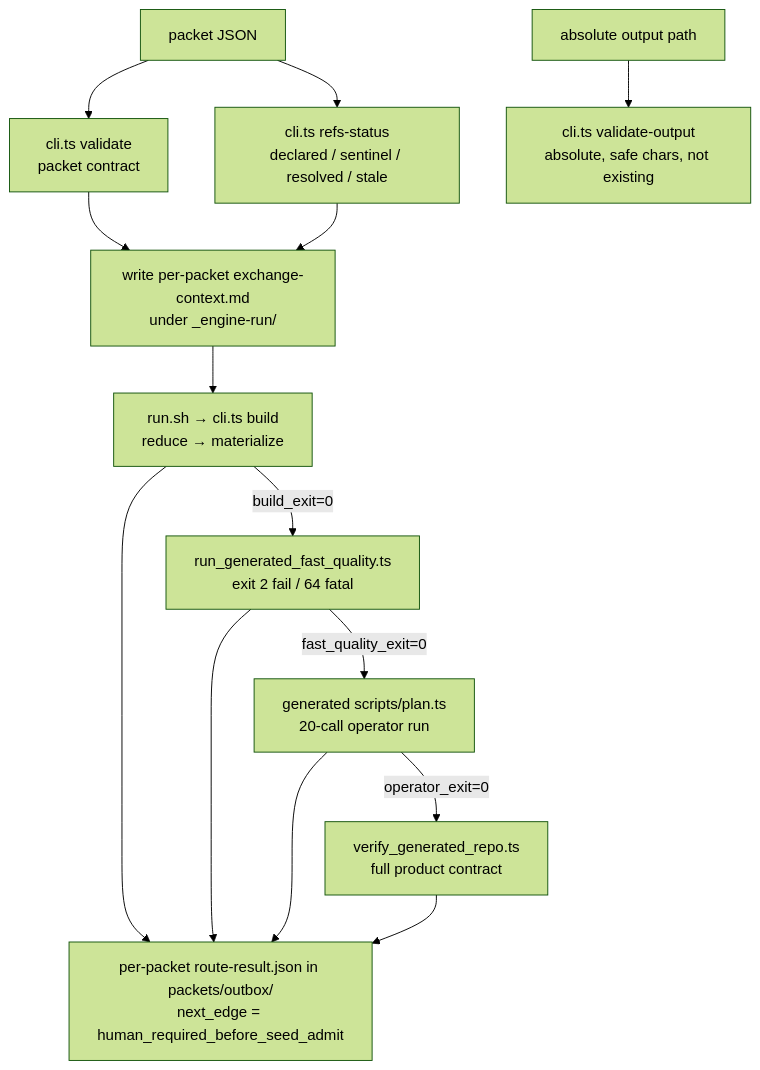
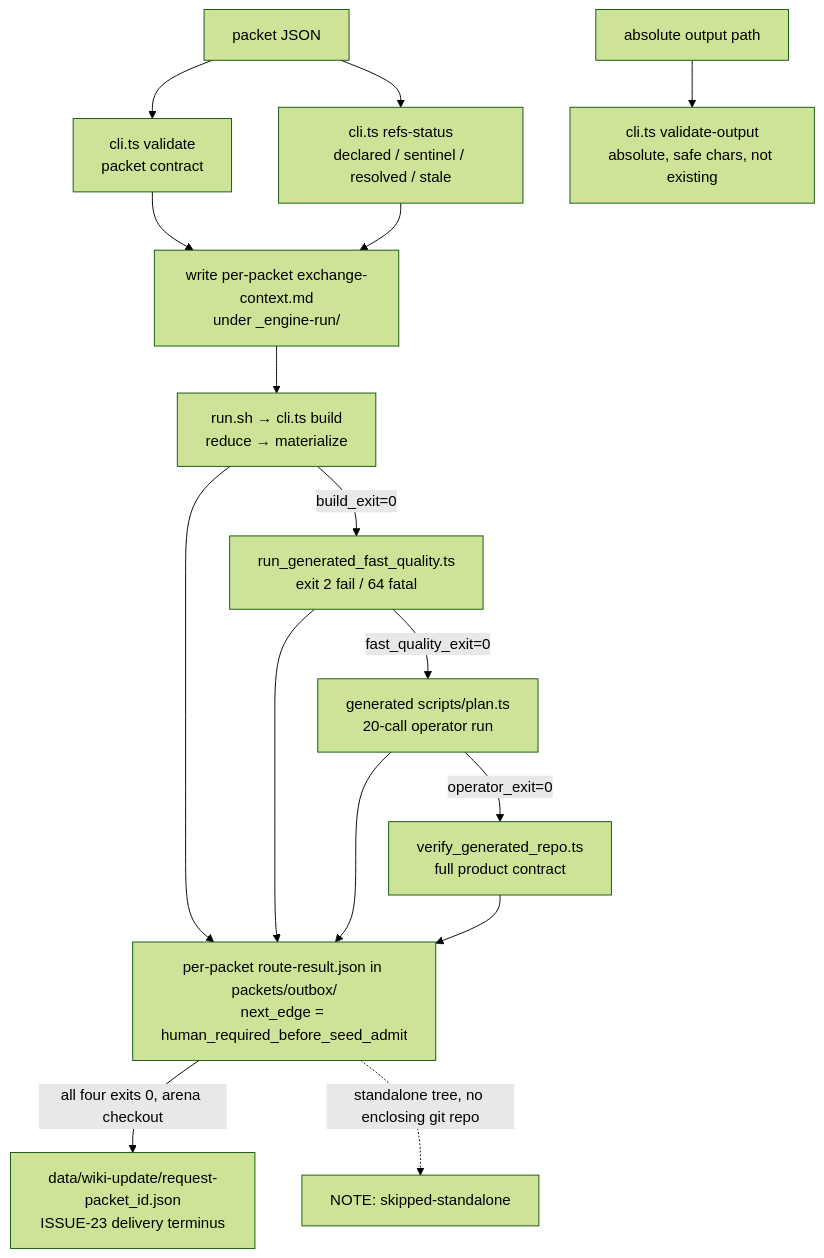
One commit to ed3c/bettor-arena changed the diagram in openwiki/factory/build-pipeline.md. Above: the diagram before and after it, drawn with Mermaid (forest theme). The commit also changed other lines of this file and 18 other files, not shown here.

First line of the commit message:
poweron: first real delivery-to-wiki round completes; PARTIAL findings become backlog, not a treadmill

````diff
--- a/openwiki/factory/build-pipeline.md
+++ b/openwiki/factory/build-pipeline.md
@@ -18,13 +18,15 @@
 ```mermaid
 flowchart TD
     P[packet JSON] --> V1[cli.ts validate\npacket contract]
     P --> RS[cli.ts refs-status\ndeclared / sentinel / resolved / stale]
     O[absolute output path] --> V2[cli.ts validate-output\nabsolute, safe chars, not existing]
     V1 --> CTX[write per-packet exchange-context.md\nunder _engine-run/]
     RS --> CTX
     CTX --> B[run.sh → cli.ts build\nreduce → materialize]
     B -->|build_exit=0| FQ[run_generated_fast_quality.ts\nexit 2 fail / 64 fatal]
     FQ -->|fast_quality_exit=0| OP[generated scripts/plan.ts\n20-call operator run]
     OP -->|operator_exit=0| VG[verify_generated_repo.ts\nfull product contract]
     B & FQ & OP & VG --> RR[per-packet route-result.json in packets/outbox/\nnext_edge = human_required_before_seed_admit]
+    RR -->|all four exits 0, arena checkout| WU[data/wiki-update/request-packet_id.json\nISSUE-23 delivery terminus]
+    RR -.->|standalone tree, no enclosing git repo| SKIP[NOTE: skipped-standalone]
 ```
````
